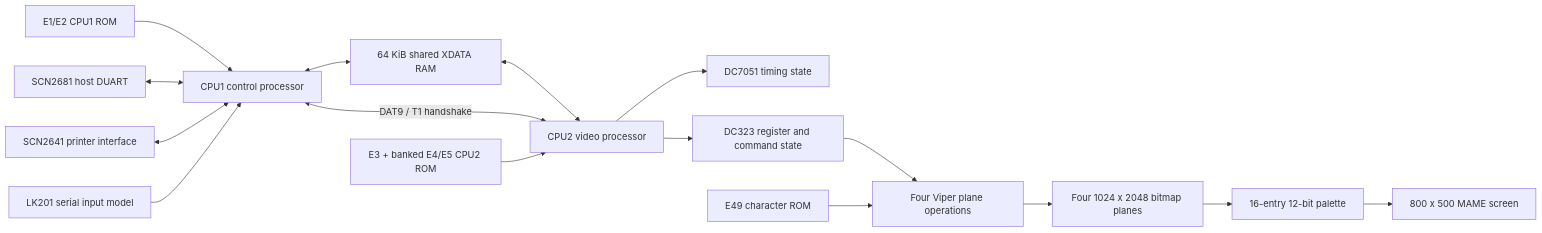
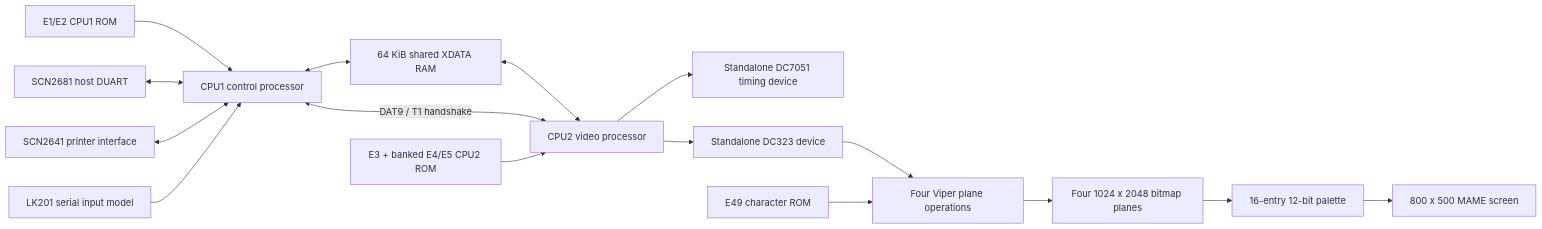
One commit to ericharley/mame changed the diagram in vt340-research/PROJECT_SUMMARY.md. Above: the diagram before and after it, drawn with Mermaid. The commit also changed other lines of this file and 17 other files, not shown here.

````diff
--- a/vt340-research/PROJECT_SUMMARY.md
+++ b/vt340-research/PROJECT_SUMMARY.md
@@ -22,20 +23,20 @@
 ```mermaid
 flowchart LR
     E1[E1/E2 CPU1 ROM] --> CPU1[CPU1 control processor]
     DUART[SCN2681 host DUART] <--> CPU1
     ACIA[SCN2641 printer interface] <--> CPU1
     KBD[LK201 serial input model] --> CPU1
 
     CPU1 <--> RAM[64 KiB shared XDATA RAM]
     RAM <--> CPU2[CPU2 video processor]
     CPU1 <-->|DAT9 / T1 handshake| CPU2
     E3[E3 + banked E4/E5 CPU2 ROM] --> CPU2
 
-    CPU2 --> DC7051[DC7051 timing state]
-    CPU2 --> DC323[DC323 register and command state]
+    CPU2 --> DC7051[Standalone DC7051 timing device]
+    CPU2 --> DC323[Standalone DC323 device]
     DC323 --> VIPER[Four Viper plane operations]
     E49[E49 character ROM] --> VIPER
     VIPER --> PLANES[Four 1024 x 2048 bitmap planes]
     PLANES --> PAL[16-entry 12-bit palette]
     PAL --> SCREEN[800 x 500 MAME screen]
 ```
````
